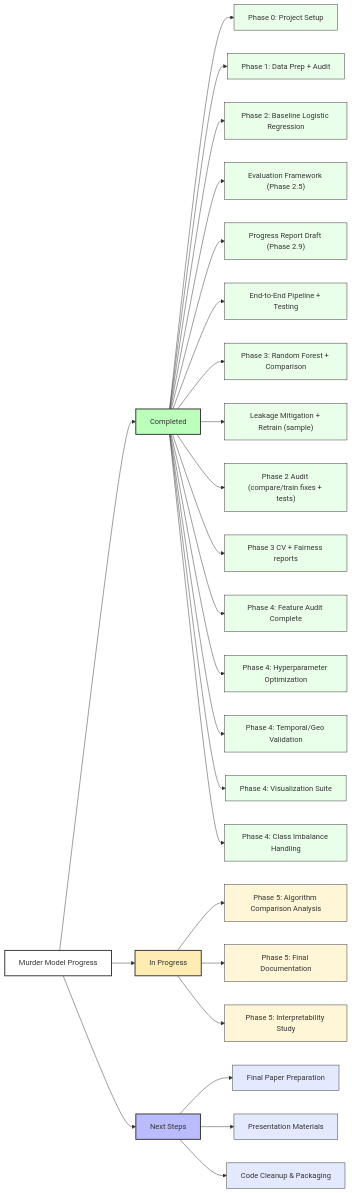
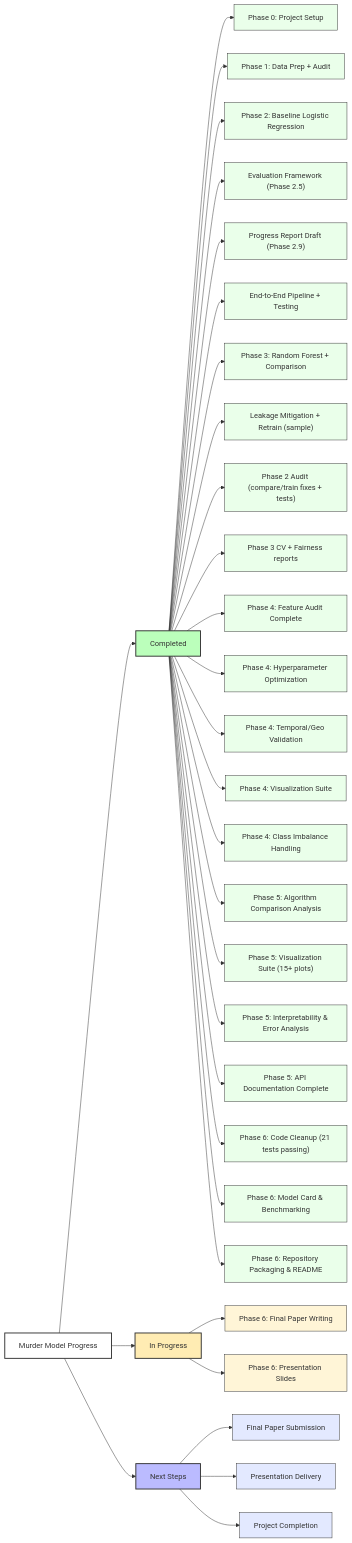
Before and after one commit to henatic/MurderModel: the diagram in .context/diagrams/progress.mmd, drawn with Mermaid. The commit also changed 19 other files, not shown here.

```diff
--- a/.context/diagrams/progress.mmd
+++ b/.context/diagrams/progress.mmd
@@ -1,60 +1,72 @@
 graph LR
     %% Overview
     ROOT[Murder Model Progress]
 
     %% Completed Work
     ROOT --> C[Completed]
     C --> C0["Phase 0: Project Setup"]
     C --> C1["Phase 1: Data Prep + Audit"]
     C --> C2["Phase 2: Baseline Logistic Regression"]
     C --> C3["Evaluation Framework (Phase 2.5)"]
     C --> C4["Progress Report Draft (Phase 2.9)"]
     C --> C5["End-to-End Pipeline + Testing"]
     C --> C6["Phase 3: Random Forest + Comparison"]
     C --> C7["Leakage Mitigation + Retrain (sample)"]
     C --> C8["Phase 2 Audit (compare/train fixes + tests)"]
     C --> C9["Phase 3 CV + Fairness reports"]
     C --> C10["Phase 4: Feature Audit Complete"]
     C --> C11["Phase 4: Hyperparameter Optimization"]
     C --> C12["Phase 4: Temporal/Geo Validation"]
     C --> C13["Phase 4: Visualization Suite"]
     C --> C14["Phase 4: Class Imbalance Handling"]
+    C --> C15["Phase 5: Algorithm Comparison Analysis"]
+    C --> C16["Phase 5: Visualization Suite (15+ plots)"]
+    C --> C17["Phase 5: Interpretability & Error Analysis"]
+    C --> C18["Phase 5: API Documentation Complete"]
+    C --> C19["Phase 6: Code Cleanup (21 tests passing)"]
+    C --> C20["Phase 6: Model Card & Benchmarking"]
+    C --> C21["Phase 6: Repository Packaging & README"]
 
     %% In Progress
     ROOT --> I[In Progress]
-    I --> I0["Phase 5: Algorithm Comparison Analysis"]
-    I --> I1["Phase 5: Final Documentation"]
-    I --> I2["Phase 5: Interpretability Study"]
+    I --> I0["Phase 6: Final Paper Writing"]
+    I --> I1["Phase 6: Presentation Slides"]
 
     %% Next Steps
     ROOT --> N[Next Steps]
-    N --> N0["Final Paper Preparation"]
-    N --> N1["Presentation Materials"]
-    N --> N2["Code Cleanup & Packaging"]
+    N --> N0["Final Paper Submission"]
+    N --> N1["Presentation Delivery"]
+    N --> N2["Project Completion"]
 
     %% Styling
     style ROOT fill:#fff,stroke:#333,stroke-width:2px
     style C fill:#bfb,stroke:#333,stroke-width:2px
     style I fill:#ffecb3,stroke:#333,stroke-width:2px
     style N fill:#bbf,stroke:#333,stroke-width:2px
     style C0 fill:#eaffea,stroke:#333,stroke-width:1px
     style C1 fill:#eaffea,stroke:#333,stroke-width:1px
     style C2 fill:#eaffea,stroke:#333,stroke-width:1px
     style C3 fill:#eaffea,stroke:#333,stroke-width:1px
     style C4 fill:#eaffea,stroke:#333,stroke-width:1px
     style C5 fill:#eaffea,stroke:#333,stroke-width:1px
     style C6 fill:#eaffea,stroke:#333,stroke-width:1px
     style C7 fill:#eaffea,stroke:#333,stroke-width:1px
     style C8 fill:#eaffea,stroke:#333,stroke-width:1px
     style C9 fill:#eaffea,stroke:#333,stroke-width:1px
     style C10 fill:#eaffea,stroke:#333,stroke-width:1px
     style C11 fill:#eaffea,stroke:#333,stroke-width:1px
     style C12 fill:#eaffea,stroke:#333,stroke-width:1px
     style C13 fill:#eaffea,stroke:#333,stroke-width:1px
     style C14 fill:#eaffea,stroke:#333,stroke-width:1px
+    style C15 fill:#eaffea,stroke:#333,stroke-width:1px
+    style C16 fill:#eaffea,stroke:#333,stroke-width:1px
+    style C17 fill:#eaffea,stroke:#333,stroke-width:1px
+    style C18 fill:#eaffea,stroke:#333,stroke-width:1px
+    style C19 fill:#eaffea,stroke:#333,stroke-width:1px
+    style C20 fill:#eaffea,stroke:#333,stroke-width:1px
+    style C21 fill:#eaffea,stroke:#333,stroke-width:1px
     style I0 fill:#fff5d7,stroke:#333,stroke-width:1px
     style I1 fill:#fff5d7,stroke:#333,stroke-width:1px
-    style I2 fill:#fff5d7,stroke:#333,stroke-width:1px
     style N0 fill:#e3e9ff,stroke:#333,stroke-width:1px
     style N1 fill:#e3e9ff,stroke:#333,stroke-width:1px
     style N2 fill:#e3e9ff,stroke:#333,stroke-width:1px
```
